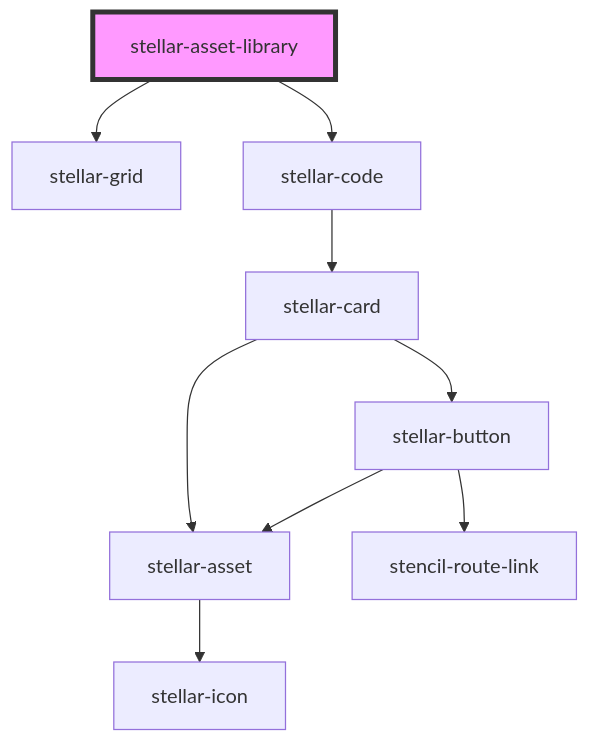
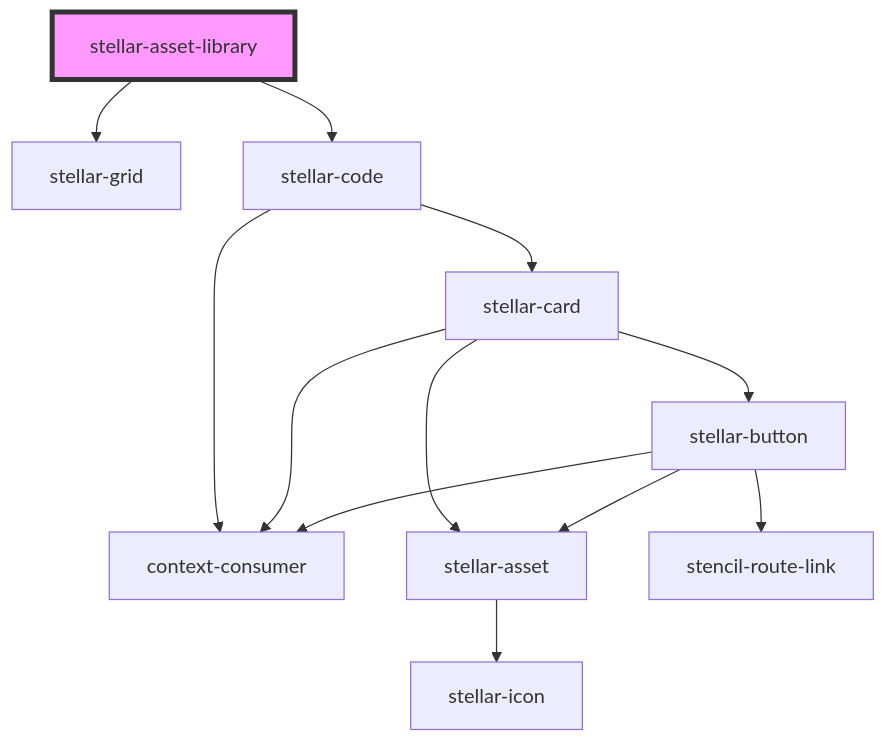
The diagram in src/components/helpers/asset-library/readme.md (splitinfinities/Stellar), drawn with Mermaid before and after one commit. The commit also changed 44 other files, not shown here.

````diff
--- a/src/components/helpers/asset-library/readme.md
+++ b/src/components/helpers/asset-library/readme.md
@@ -16,12 +16,15 @@
 ```mermaid
 graph TD;
   stellar-asset-library --> stellar-grid
   stellar-asset-library --> stellar-code
   stellar-code --> stellar-card
+  stellar-code --> context-consumer
   stellar-card --> stellar-button
   stellar-card --> stellar-asset
+  stellar-card --> context-consumer
   stellar-button --> stellar-asset
   stellar-button --> stencil-route-link
+  stellar-button --> context-consumer
   stellar-asset --> stellar-icon
   style stellar-asset-library fill:#f9f,stroke:#333,stroke-width:4px
 ```
````
